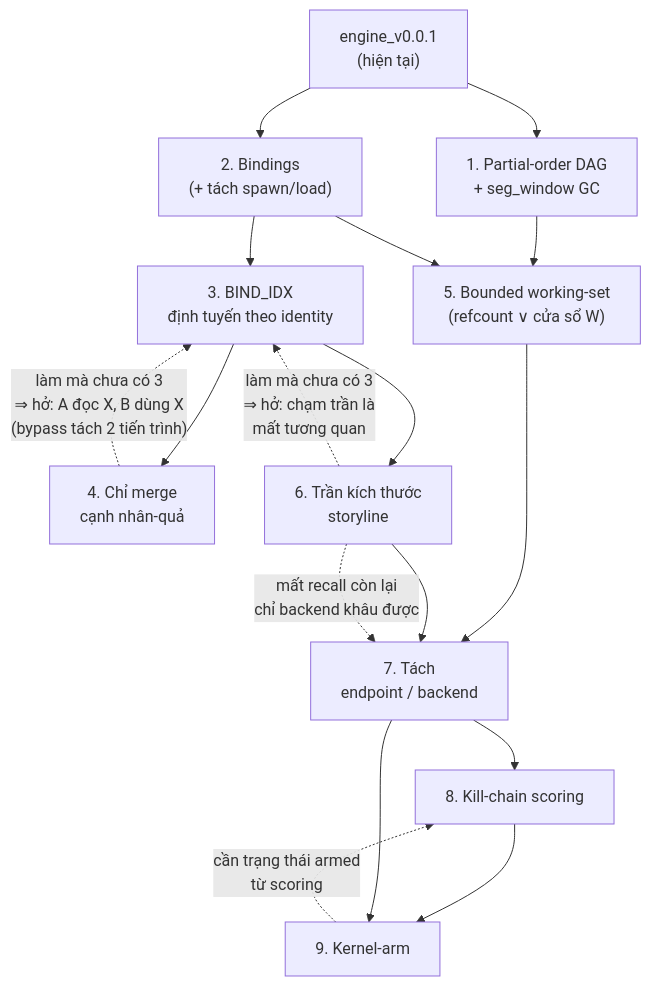
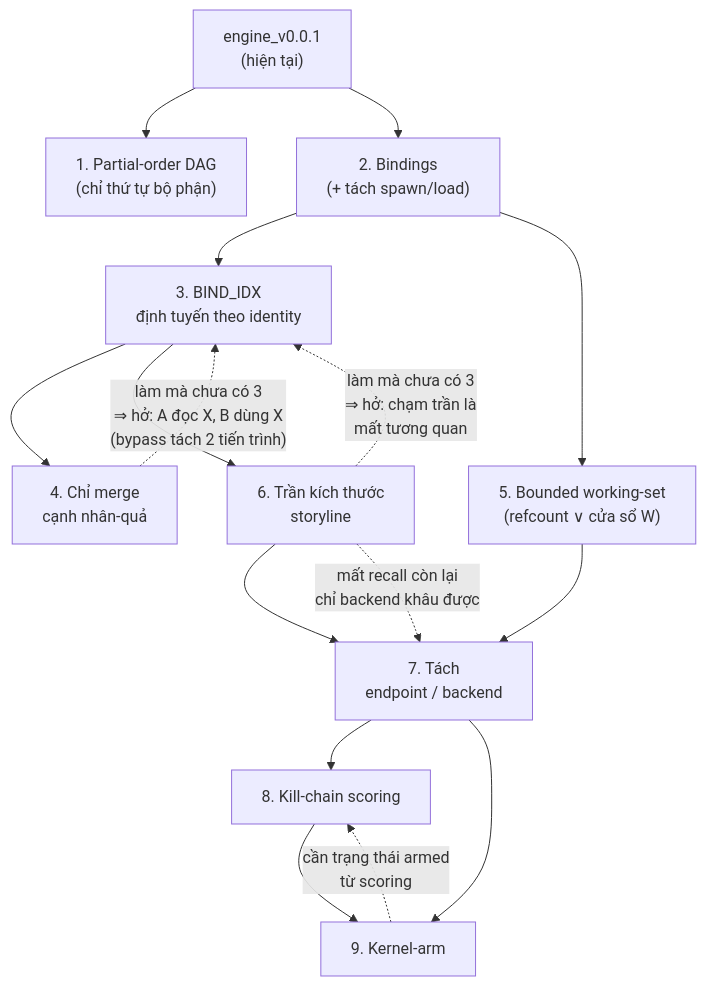
The diagram in docs/todo.md (lebaoworks/correlation_engine), drawn with Mermaid before and after one commit. The commit also changed other lines of this file and 14 other files, not shown here.

````diff
--- a/docs/todo.md
+++ b/docs/todo.md
@@ -15,32 +17,31 @@
 ```mermaid
 flowchart TD
     V001["engine_v0.0.1<br/>(hiện tại)"]
 
-    DAG["1. Partial-order DAG<br/>+ seg_window GC"]
+    DAG["1. Partial-order DAG<br/>(chỉ thứ tự bộ phận)"]
     BIND["2. Bindings<br/>(+ tách spawn/load)"]
     IDX["3. BIND_IDX<br/>định tuyến theo identity"]
     CAUSAL["4. Chỉ merge<br/>cạnh nhân-quả"]
     WS["5. Bounded working-set<br/>(refcount ∨ cửa sổ W)"]
     CAP["6. Trần kích thước<br/>storyline"]
     SPLIT["7. Tách<br/>endpoint / backend"]
     SCORE["8. Kill-chain scoring"]
     ARM["9. Kernel-arm"]
 
     V001 --> DAG
     V001 --> BIND
     BIND --> IDX
     IDX --> CAUSAL
-    DAG --> WS
     BIND --> WS
     IDX --> CAP
     WS --> SPLIT
     CAP --> SPLIT
     SPLIT --> SCORE
     SCORE --> ARM
     SPLIT --> ARM
 
     CAUSAL -.->|"làm mà chưa có 3<br/>⇒ hở: A đọc X, B dùng X<br/>(bypass tách 2 tiến trình)"| IDX
     CAP -.->|"làm mà chưa có 3<br/>⇒ hở: chạm trần là<br/>mất tương quan"| IDX
     CAP -.->|"mất recall còn lại<br/>chỉ backend khâu được"| SPLIT
     ARM -.->|"cần trạng thái armed<br/>từ scoring"| SCORE
 ```
````
